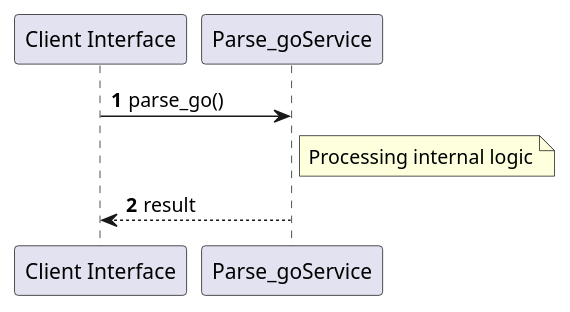
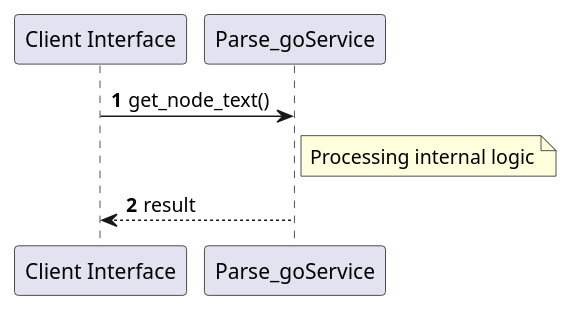
One commit to lgcorzo/rust_CACD_autonomous_factory changed the second of 2 diagrams in openwiki/parse_go.md. Above: the diagram before and after it, drawn with PlantUML. The commit also changed other lines of this file and 100 other files, not shown here.

````diff
--- a/openwiki/parse_go.md
+++ b/openwiki/parse_go.md
@@ -58,11 +61,11 @@
 ```plantuml
 @startuml
 autonumber
 participant "Client Interface" as Caller
 participant "Parse_goService" as Svc
-Caller -> Svc: parse_go()
+Caller -> Svc: get_node_text()
 note right of Svc: Processing internal logic
 Svc --> Caller: result
 @enduml
 
 ```
````
